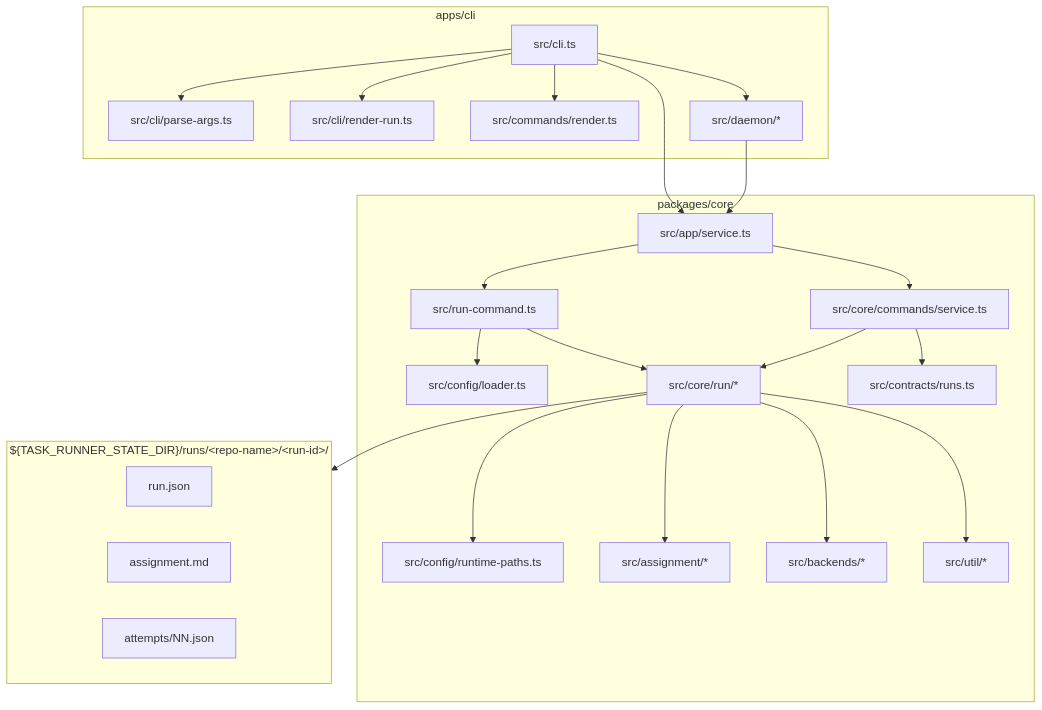
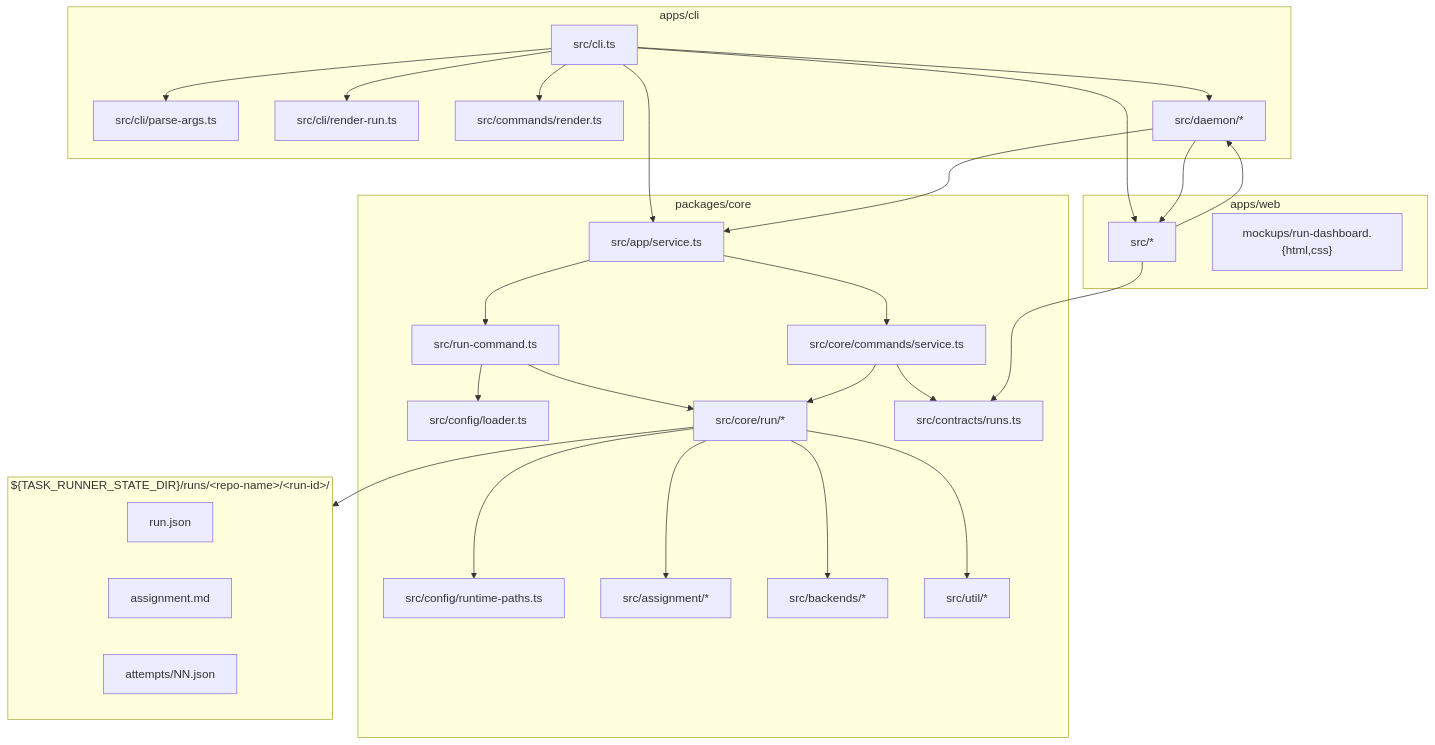
One commit to kcosr/agent-runner changed the third of 3 diagrams in README.md. Above: the diagram before and after it, drawn with Mermaid. The commit also changed other lines of this file and 48 other files, not shown here.

Commit message:
Add same-origin run dashboard web app

````diff
--- a/README.md
+++ b/README.md
@@ -1393,44 +1421,52 @@
 ```mermaid
 flowchart TD
     subgraph CLI["apps/cli"]
         cli["src/cli.ts"]
         parse["src/cli/parse-args.ts"]
         render["src/cli/render-run.ts"]
         commandRender["src/commands/render.ts"]
         daemon["src/daemon/*"]
+    end
+    subgraph Web["apps/web"]
+        webApp["src/*"]
+        webMock["mockups/run-dashboard.{html,css}"]
     end
     subgraph Core["packages/core"]
         service["src/app/service.ts"]
         commands["src/core/commands/service.ts"]
         execute["src/run-command.ts"]
         loader["src/config/loader.ts"]
         paths["src/config/runtime-paths.ts"]
         runloop["src/core/run/*"]
         assignment["src/assignment/*"]
         backends["src/backends/*"]
         contracts["src/contracts/runs.ts"]
         util["src/util/*"]
     end
     subgraph Workspace["${TASK_RUNNER_STATE_DIR}/runs/&lt;repo-name&gt;/&lt;run-id&gt;/"]
         runjson["run.json"]
         assignmd["assignment.md"]
         attempts["attempts/NN.json"]
     end
     cli --> parse
     cli --> render
     cli --> commandRender
     cli --> daemon
+    cli --> webApp
     cli --> service
     daemon --> service
+    daemon --> webApp
     service --> commands
     service --> execute
     execute --> loader
     execute --> runloop
     commands --> runloop
     commands --> contracts
     runloop --> assignment
     runloop --> backends
     runloop --> paths
     runloop --> util
     runloop --> Workspace
+    webApp --> contracts
+    webApp --> daemon
 ```
````
